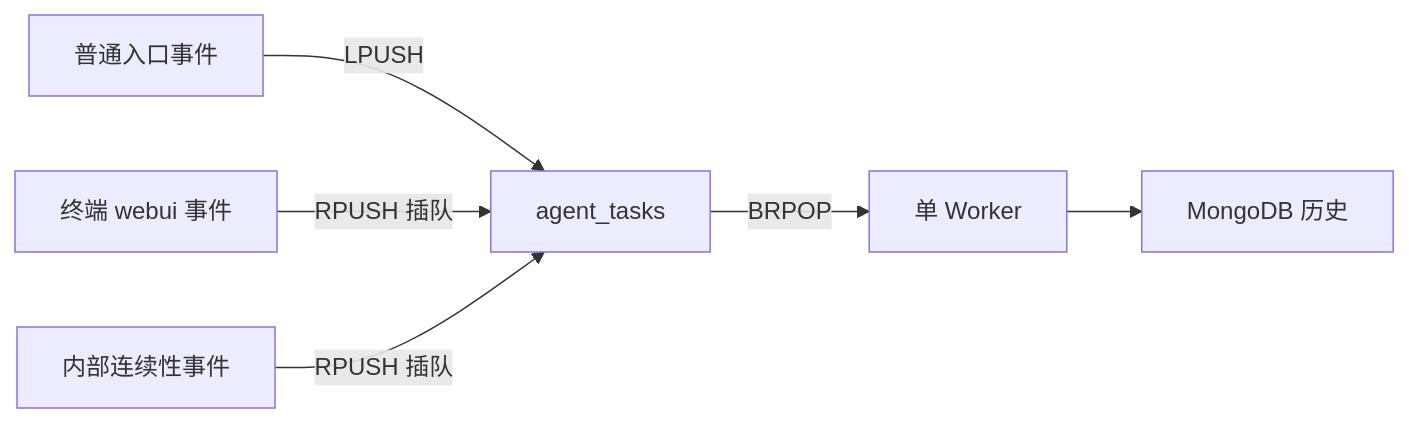
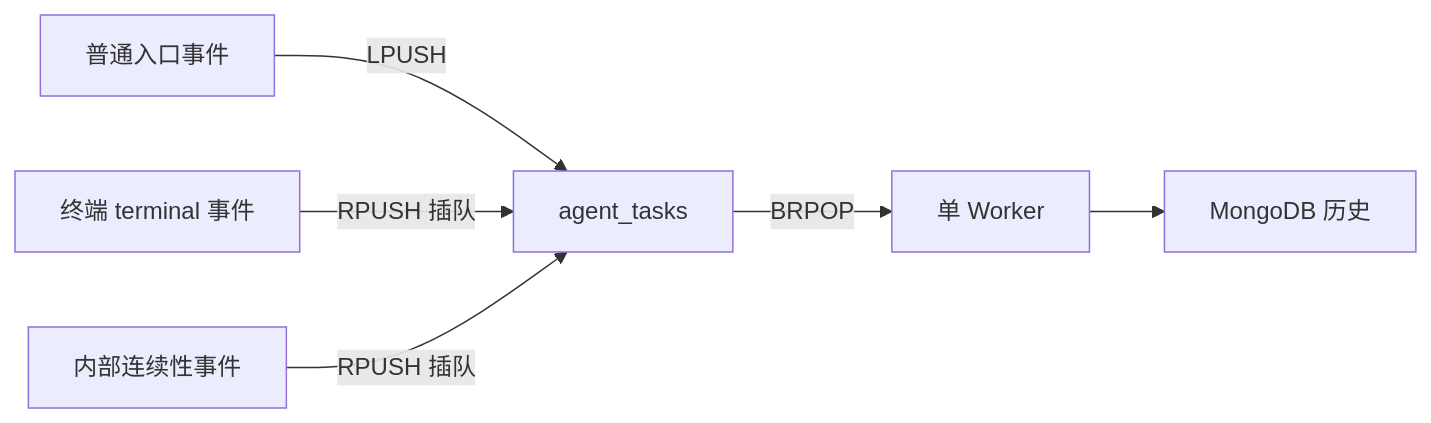
The diagram in docs/08-终端设计.md (g-Ironfox/AAgent), drawn with Mermaid before and after one commit. The commit also changed other lines of this file and 16 other files, not shown here.

````diff
--- a/docs/08-终端设计.md
+++ b/docs/08-终端设计.md
@@ -58,8 +58,8 @@
 ```mermaid
 flowchart LR
     NORMAL["普通入口事件"] -->|"LPUSH"| Q["agent_tasks"]
-    TERMINAL["终端 webui 事件"] -->|"RPUSH 插队"| Q
+    TERMINAL["终端 terminal 事件"] -->|"RPUSH 插队"| Q
     INTERNAL["内部连续性事件"] -->|"RPUSH 插队"| Q
     Q -->|"BRPOP"| WORKER["单 Worker"]
     WORKER --> HISTORY["MongoDB 历史"]
 ```
````
